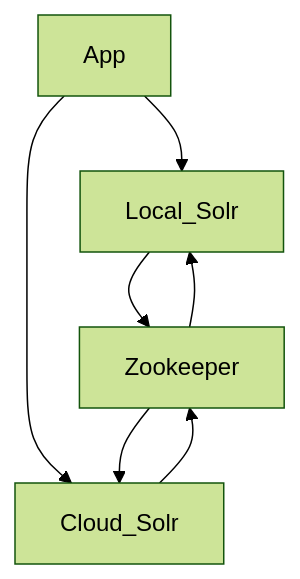
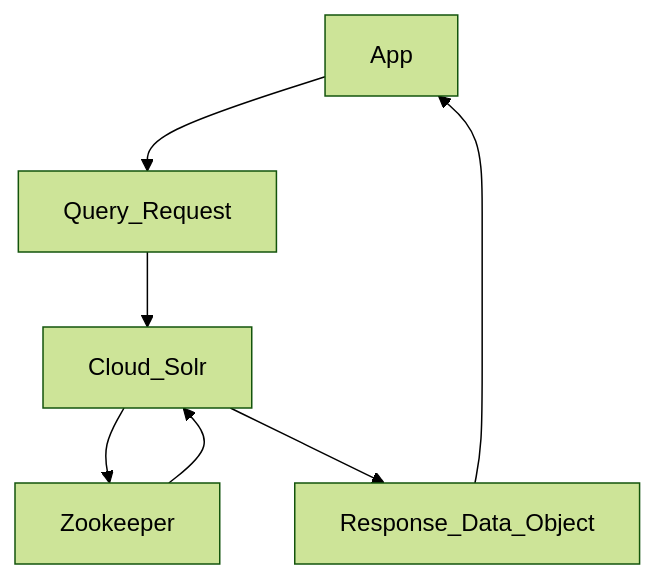
Before and after one commit to ualibraries/ual-geoblacklight: the diagram in README.md, drawn with Mermaid (forest theme). The commit also changed other lines of this file, not shown here.

````diff
--- a/README.md
+++ b/README.md
@@ -11,9 +11,9 @@
 ```mermaid
   graph TD;
-      App-->Local_Solr;
-      App-->Cloud_Solr;
-      Local_Solr-->Zookeeper;
+      App-->Query_Request;
+      Query_Request-->Cloud_Solr;
       Cloud_Solr-->Zookeeper;
-      Zookeeper-->Local_Solr;
       Zookeeper-->Cloud_Solr;
+      Cloud_Solr-->Response_Data_Object;
+      Response_Data_Object-->App;
 ```
````
